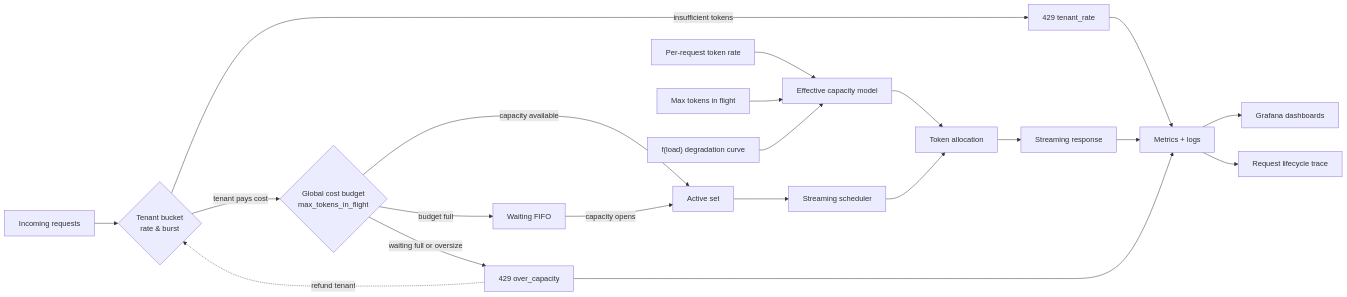
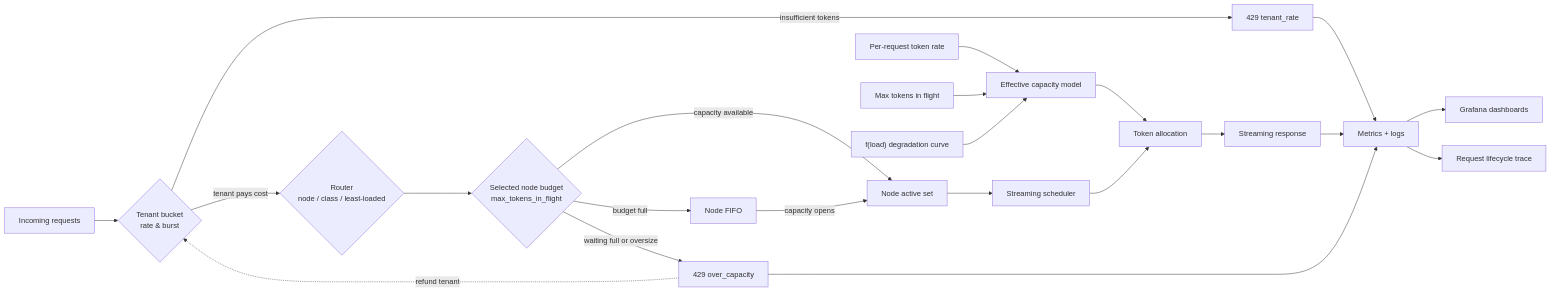
Before and after one commit to bartr/vllm: the diagram in system-design.md, drawn with Mermaid. The commit also changed other lines of this file and 40 other files, not shown here.

````diff
--- a/system-design.md
+++ b/system-design.md
@@ -176,30 +200,31 @@
 ```mermaid
 flowchart LR
     A[Incoming requests] --> T{Tenant bucket<br/>rate &amp; burst}
     T -->|insufficient tokens| E1[429 tenant_rate]
-    T -->|tenant pays cost| B{Global cost budget<br/>max_tokens_in_flight}
+    T -->|tenant pays cost| R{Router<br/>node / class / least-loaded}
+    R --> B{Selected node budget<br/>max_tokens_in_flight}
 
-    B -->|capacity available| C[Active set]
-    B -->|budget full| D[Waiting FIFO]
+    B -->|capacity available| C[Node active set]
+    B -->|budget full| D[Node FIFO]
     B -->|waiting full or oversize| E2[429 over_capacity]
     E2 -.refund tenant.-> T
 
     C --> F[Streaming scheduler]
     F --> G[Token allocation]
 
     H[Per-request token rate] --> I[Effective capacity model]
     J[Max tokens in flight] --> I
     K["f(load) degradation curve"] --> I
 
     I --> G
     G --> L[Streaming response]
 
     D -->|capacity opens| C
 
     L --> M[Metrics + logs]
     E1 --> M
     E2 --> M
 
     M --> N[Grafana dashboards]
     M --> O[Request lifecycle trace]
 ```
````
